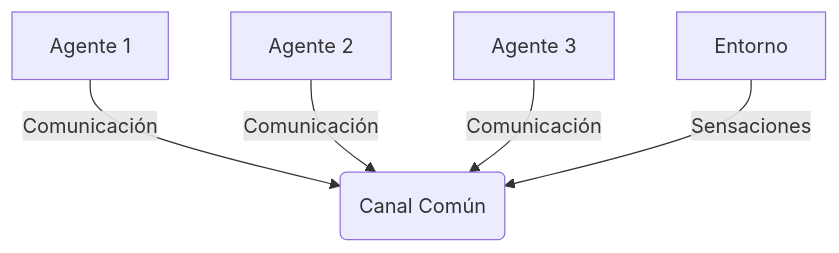
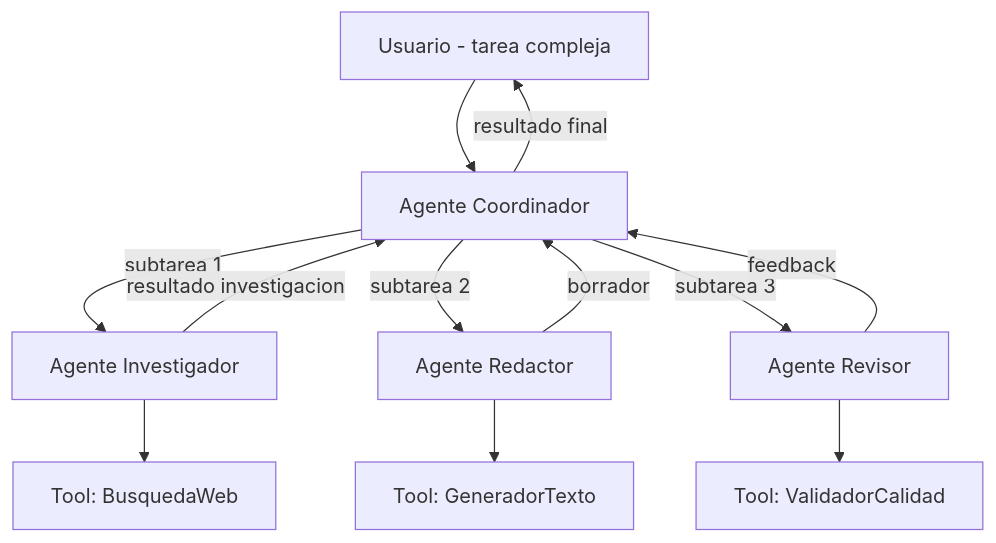
One commit to Joaquinriosheredia/DAM-Java-Mastery changed the first of 4 diagrams in 08_IA_Agentes/sistemas_multi-agente_con_langchain4j_y_ollama_STAFF.md. Above: the diagram before and after it, drawn with Mermaid. The commit also changed other lines of this file and 1 other file, not shown here.

Commit message:
feat: Data Mesh y Sistemas Multi-Agente — guías Staff refinadas

````diff
--- a/08_IA_Agentes/sistemas_multi-agente_con_langchain4j_y_ollama_STAFF.md
+++ b/08_IA_Agentes/sistemas_multi-agente_con_langchain4j_y_ollama_STAFF.md
@@ -17,7 +27,14 @@
 ```mermaid
-graph TD;
-    A[Agente 1] -->|Comunicación| B(Canal Común);
-    C[Agente 2] -->|Comunicación| B;
-    D[Agente 3] -->|Comunicación| B;
-    E[Entorno] -- Sensaciones --> B
+graph TD
+    A[Usuario - tarea compleja] --> B[Agente Coordinador]
+    B -->|subtarea 1| C[Agente Investigador]
+    B -->|subtarea 2| D[Agente Redactor]
+    B -->|subtarea 3| E[Agente Revisor]
+    C -->|resultado investigacion| B
+    D -->|borrador| B
+    E -->|feedback| B
+    B -->|resultado final| A
+    C --> F[Tool: BusquedaWeb]
+    D --> G[Tool: GeneradorTexto]
+    E --> H[Tool: ValidadorCalidad]
 ```
````
